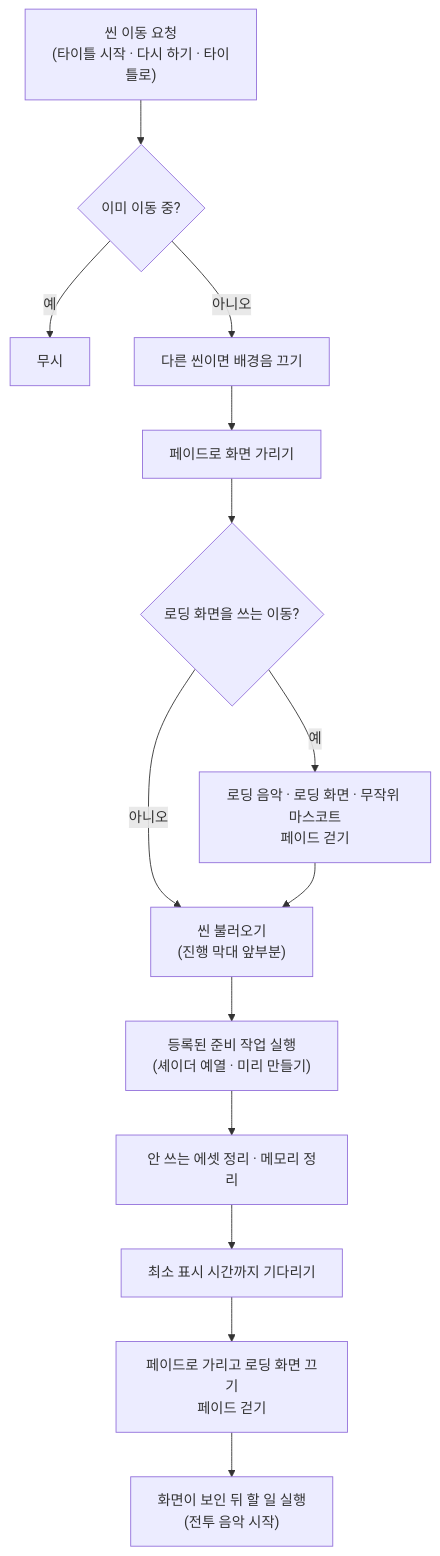
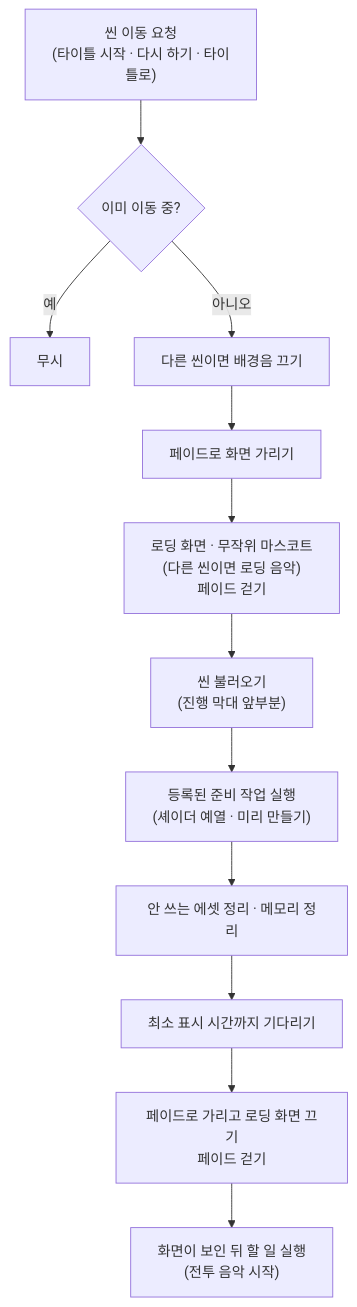
One commit to SquashPrince/Develrocket_mp15_HHH changed the first of 2 diagrams in Docs/Technical/Game/SceneLoading.md. Above: the diagram before and after it, drawn with Mermaid. The commit also changed other lines of this file and 354 other files, not shown here.

````diff
--- a/Docs/Technical/Game/SceneLoading.md
+++ b/Docs/Technical/Game/SceneLoading.md
@@ -19,16 +19,14 @@
 ```mermaid
 flowchart TD
     A["씬 이동 요청<br>(타이틀 시작 · 다시 하기 · 타이틀로)"] --> B{"이미 이동 중?"}
     B -->|예| X["무시"]
     B -->|아니오| C["다른 씬이면 배경음 끄기"]
     C --> D["페이드로 화면 가리기"]
-    D --> E{"로딩 화면을 쓰는 이동?"}
-    E -->|예| F["로딩 음악 · 로딩 화면 · 무작위 마스코트<br>페이드 걷기"]
-    E -->|아니오| G
+    D --> F["로딩 화면 · 무작위 마스코트<br>(다른 씬이면 로딩 음악)<br>페이드 걷기"]
     F --> G["씬 불러오기<br>(진행 막대 앞부분)"]
     G --> H["등록된 준비 작업 실행<br>(셰이더 예열 · 미리 만들기)"]
     H --> I["안 쓰는 에셋 정리 · 메모리 정리"]
     I --> J["최소 표시 시간까지 기다리기"]
     J --> K["페이드로 가리고 로딩 화면 끄기<br>페이드 걷기"]
     K --> L["화면이 보인 뒤 할 일 실행<br>(전투 음악 시작)"]
 ```
````
